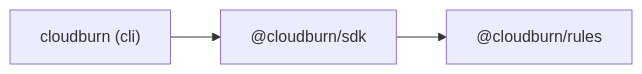
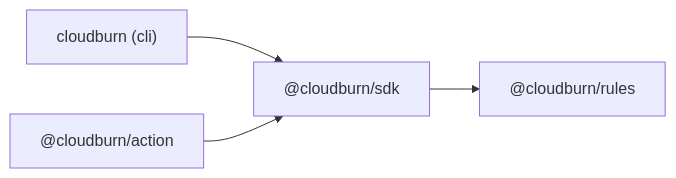
Before and after one commit to towardsthecloud/cloudburn: the first of 3 diagrams in docs/ARCHITECTURE.md, drawn with Mermaid. The commit also changed other lines of this file and 47 other files, not shown here.

````diff
--- a/docs/ARCHITECTURE.md
+++ b/docs/ARCHITECTURE.md
@@ -7,5 +7,6 @@
 ```mermaid
 graph LR
   CLI["cloudburn (cli)"] --> SDK["@cloudburn/sdk"]
+  Action["@cloudburn/action"] --> SDK
   SDK --> Rules["@cloudburn/rules"]
 ```
````
